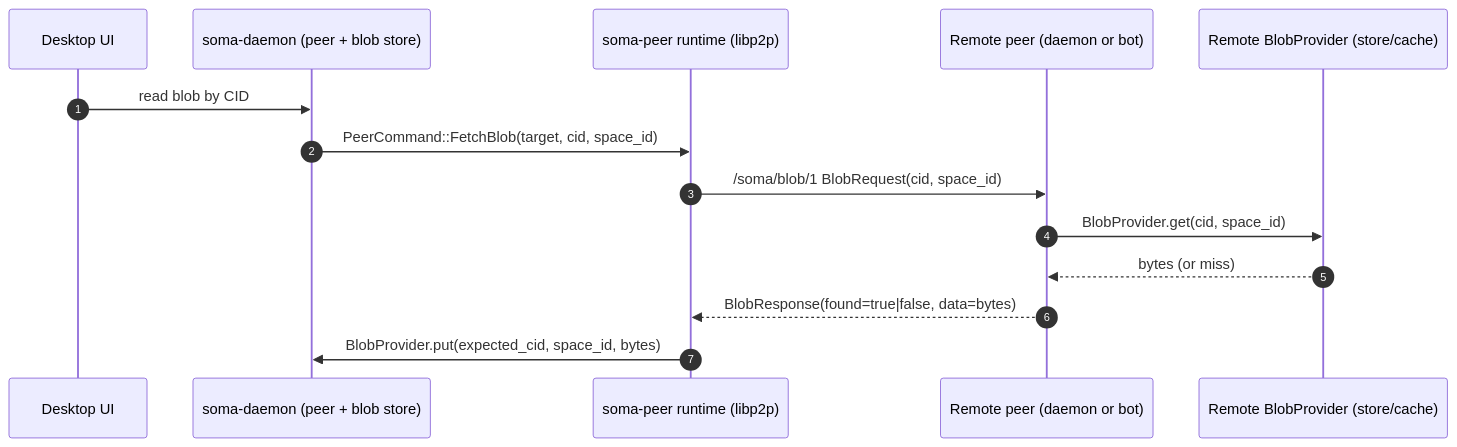
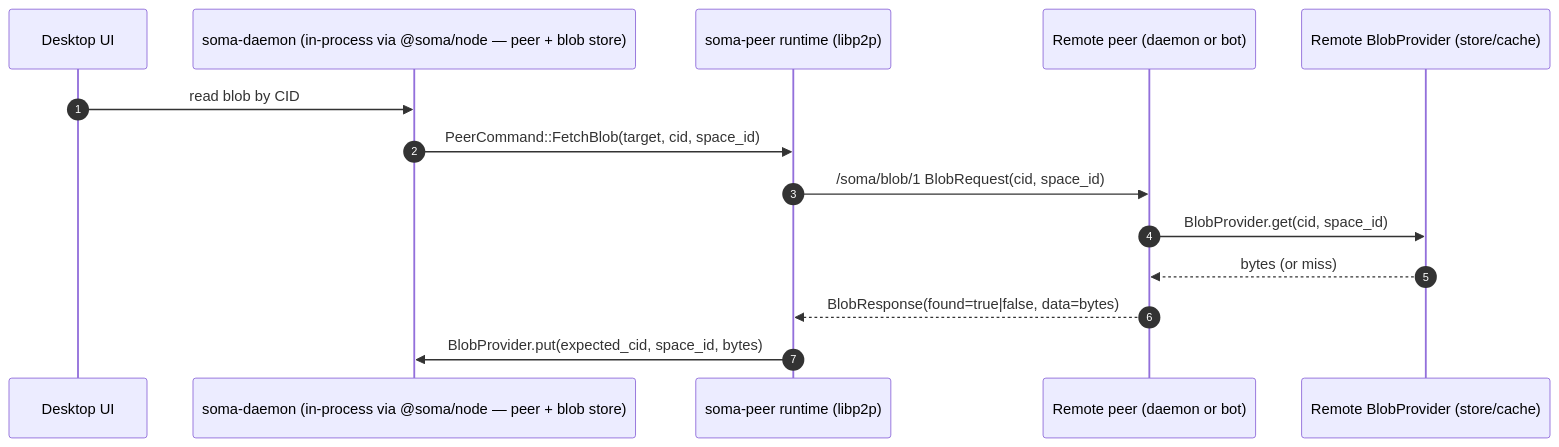
Before and after one commit to stephane-segning/soma: the diagram in docs/src/architecture/blobs-vdfs.md, drawn with Mermaid. The commit also changed other lines of this file and 142 other files, not shown here.

````diff
--- a/docs/src/architecture/blobs-vdfs.md
+++ b/docs/src/architecture/blobs-vdfs.md
@@ -119,17 +122,17 @@
 ```mermaid
 sequenceDiagram
   autonumber
   participant UI as Desktop UI
-  participant D as soma-daemon (peer + blob store)
+  participant D as soma-daemon (in-process via @soma/node — peer + blob store)
   participant P as soma-peer runtime (libp2p)
   participant R as Remote peer (daemon or bot)
   participant S as Remote BlobProvider (store/cache)
 
   UI->>D: read blob by CID
   D->>P: PeerCommand::FetchBlob(target, cid, space_id)
   P->>R: /soma/blob/1 BlobRequest(cid, space_id)
   R->>S: BlobProvider.get(cid, space_id)
   S-->>R: bytes (or miss)
   R-->>P: BlobResponse(found=true|false, data=bytes)
   P->>D: BlobProvider.put(expected_cid, space_id, bytes)
 ```
````
